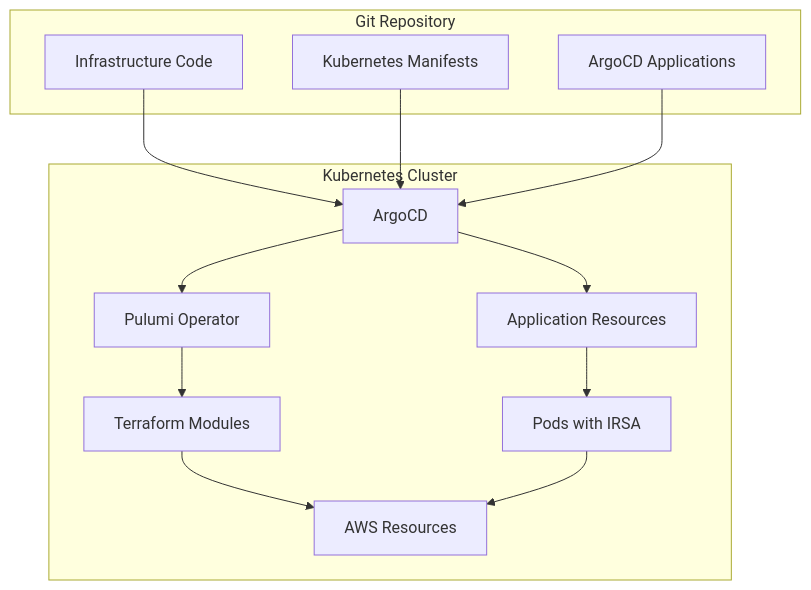
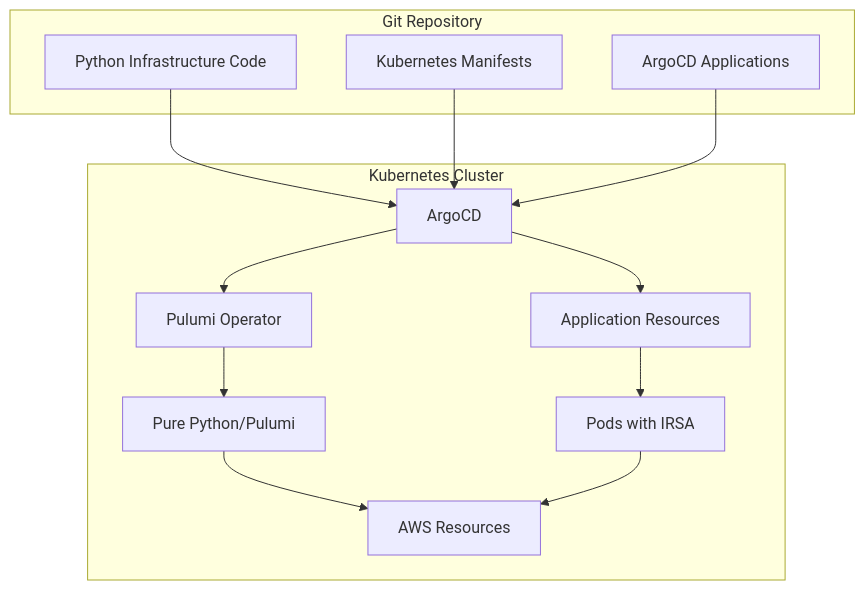
One commit to kjenney/gitops-ultra changed the diagram in README.md. Above: the diagram before and after it, drawn with Mermaid. The commit also changed other lines of this file and 9 other files, not shown here.

Commit message:
Updates for Python Pulumi stacks

````diff
--- a/README.md
+++ b/README.md
@@ -13,21 +13,21 @@
 ```mermaid
 graph TB
     subgraph "Git Repository"
-        A[Infrastructure Code]
+        A[Python Infrastructure Code]
         B[Kubernetes Manifests]
         C[ArgoCD Applications]
     end
     
     subgraph "Kubernetes Cluster"
         D[ArgoCD] --> E[Pulumi Operator]
         D --> F[Application Resources]
-        E --> G[Terraform Modules]
+        E --> G[Pure Python/Pulumi]
         G --> H[AWS Resources]
         F --> I[Pods with IRSA]
         I --> H
     end
     
     A --> D
     B --> D
     C --> D
 ```
````
